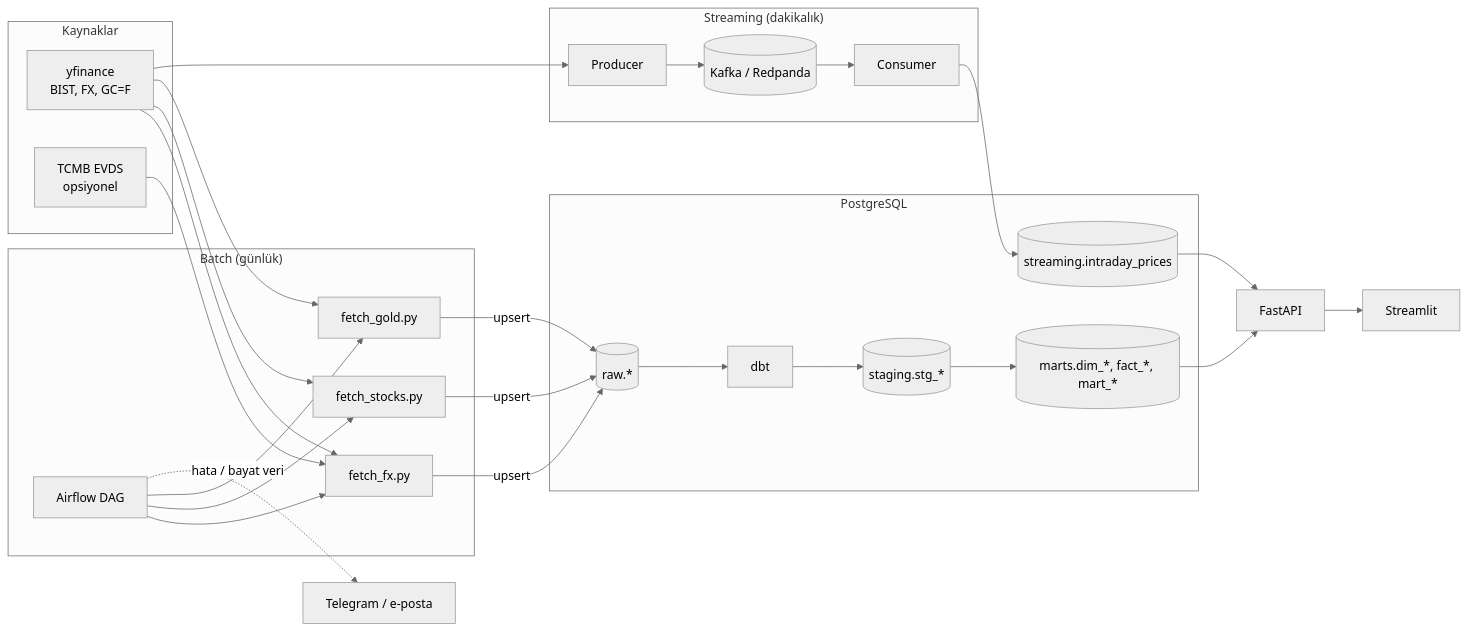
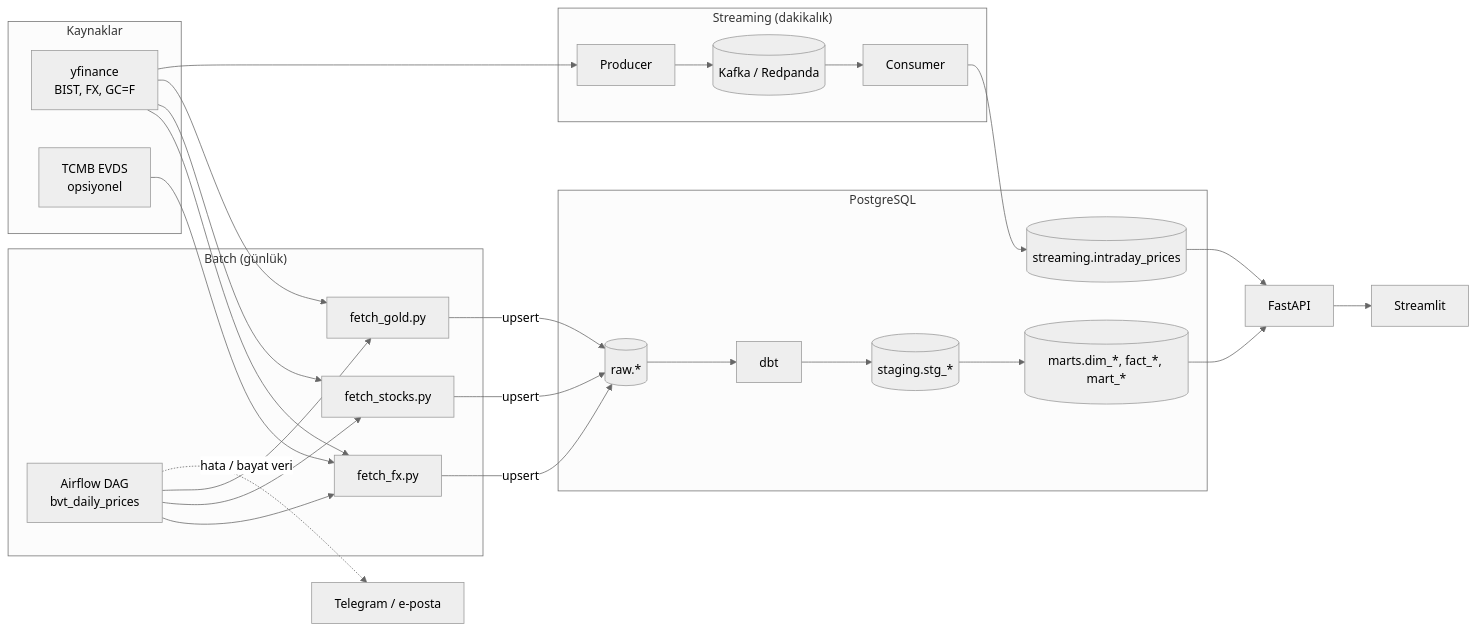
Before and after one commit to akif-dlk/BorsaVeriTakip: the diagram in docs/architecture.md, drawn with Mermaid (neutral theme). The commit also changed other lines of this file and 12 other files, not shown here.

First line of the commit message:
Gün 6: Airflow kurulumu ve günlük DAG (bvt_daily_prices)

````diff
--- a/docs/architecture.md
+++ b/docs/architecture.md
@@ -3,34 +3,34 @@
 ```mermaid
 flowchart LR
     subgraph Kaynaklar
         YF[yfinance<br/>BIST, FX, GC=F]
         EVDS[TCMB EVDS<br/>opsiyonel]
     end
 
     subgraph Batch["Batch (günlük)"]
-        AF[Airflow DAG] --> F1[fetch_fx.py]
+        AF[Airflow DAG<br/>bvt_daily_prices] --> F1[fetch_fx.py]
         AF --> F2[fetch_stocks.py]
         AF --> F3[fetch_gold.py]
     end
 
     subgraph Stream["Streaming (dakikalık)"]
         P[Producer] --> K[(Kafka / Redpanda)] --> C[Consumer]
     end
 
     YF --> F1 & F2 & F3
     EVDS --> F1
     YF --> P
 
     subgraph PG["PostgreSQL"]
         RAW[(raw.*)] --> DBT[dbt] --> STG[(staging.stg_*)] --> MART[(marts.dim_*, fact_*, mart_*)]
         INTRA[(streaming.intraday_prices)]
     end
 
     F1 & F2 & F3 -->|upsert| RAW
     C --> INTRA
 
     MART --> API[FastAPI]
     INTRA --> API
     API --> UI[Streamlit]
     AF -.->|hata / bayat veri| TG[Telegram / e-posta]
 ```
````
